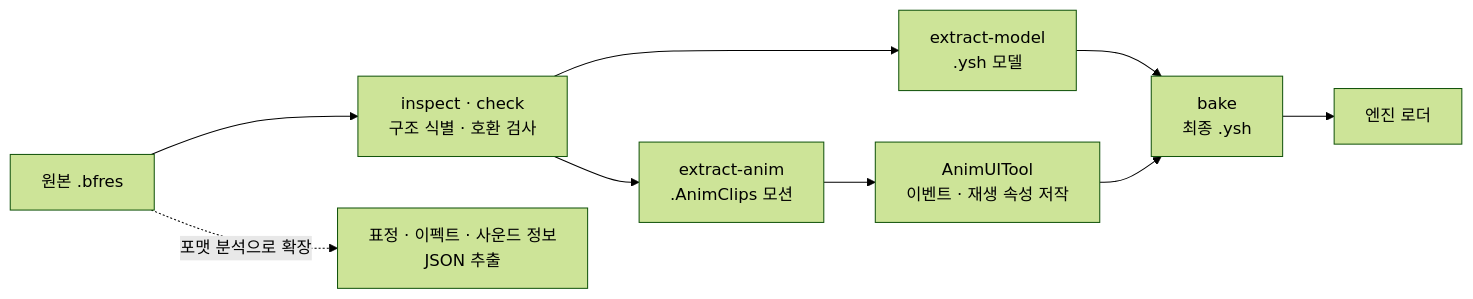
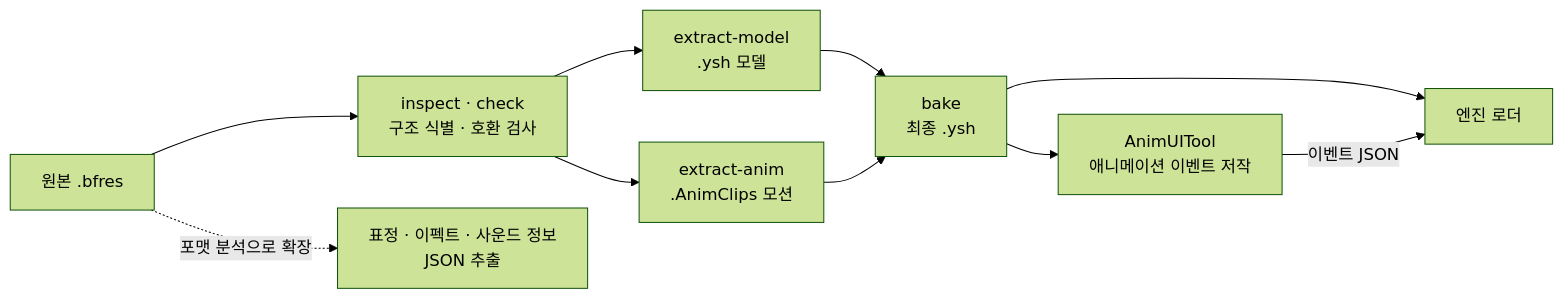
Before and after one commit to ddoichaboom/DX11_3D_GameProject_Team: the diagram in README.md, drawn with Mermaid (forest theme). The commit also changed other lines of this file and 2 other files, not shown here.

````diff
--- a/README.md
+++ b/README.md
@@ -88,11 +90,12 @@
 ```mermaid
 flowchart LR
     B["원본 .bfres"] --> I["inspect · check<br/>구조 식별 · 호환 검사"]
     I --> EM["extract-model<br/>.ysh 모델"]
     I --> EA["extract-anim<br/>.AnimClips 모션"]
-    EA --> UT["AnimUITool<br/>이벤트 · 재생 속성 저작"]
     EM --> BK["bake<br/>최종 .ysh"]
-    UT --> BK
+    EA --> BK
     BK --> RT["엔진 로더"]
+    BK --> UT["AnimUITool<br/>애니메이션 이벤트 저작"]
+    UT -->|"이벤트 JSON"| RT
     B -.->|"포맷 분석으로 확장"| X["표정 · 이펙트 · 사운드 정보<br/>JSON 추출"]
 ```
````
